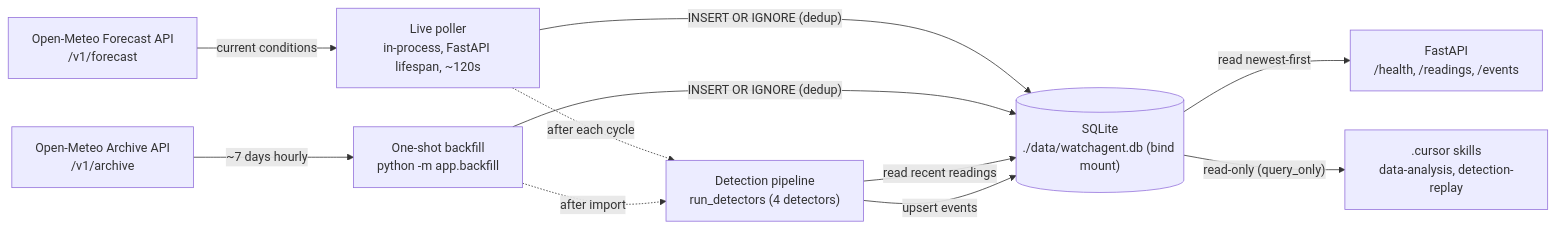
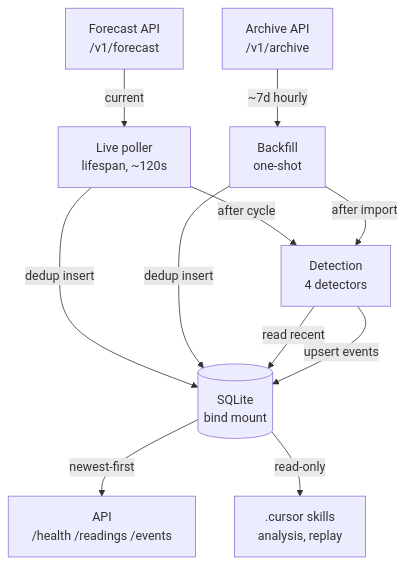
Before and after one commit to cheikhwade07/watchagent: the diagram in README.md, drawn with Mermaid. The commit also changed other lines of this file, not shown here.

Commit message:
docs: improve architecture diagram readability and add SQL schema

````diff
--- a/README.md
+++ b/README.md
@@ -19,22 +19,22 @@
 ```mermaid
-flowchart LR
-    FC["Open-Meteo Forecast API<br/>/v1/forecast"]
-    AR["Open-Meteo Archive API<br/>/v1/archive"]
-    POLL["Live poller<br/>in-process, FastAPI lifespan, ~120s"]
-    BACK["One-shot backfill<br/>python -m app.backfill"]
-    DET["Detection pipeline<br/>run_detectors (4 detectors)"]
-    DB[("SQLite<br/>./data/watchagent.db (bind mount)")]
-    API["FastAPI<br/>/health, /readings, /events"]
-    SKILLS[".cursor skills<br/>data-analysis, detection-replay"]
+flowchart TB
+    FC["Forecast API<br/>/v1/forecast"]
+    AR["Archive API<br/>/v1/archive"]
+    POLL["Live poller<br/>lifespan, ~120s"]
+    BACK["Backfill<br/>one-shot"]
+    DET["Detection<br/>4 detectors"]
+    DB[("SQLite<br/>bind mount")]
+    API["API<br/>/health /readings /events"]
+    SKILLS[".cursor skills<br/>analysis, replay"]
 
-    FC -->|"current conditions"| POLL
-    AR -->|"~7 days hourly"| BACK
-    POLL -->|"INSERT OR IGNORE (dedup)"| DB
-    BACK -->|"INSERT OR IGNORE (dedup)"| DB
-    POLL -.->|"after each cycle"| DET
-    BACK -.->|"after import"| DET
-    DET -->|"read recent readings"| DB
-    DET -->|"upsert events"| DB
-    DB -->|"read newest-first"| API
-    DB -->|"read-only (query_only)"| SKILLS
+    FC -->|current| POLL
+    AR -->|"~7d hourly"| BACK
+    POLL -->|after cycle| DET
+    BACK -->|after import| DET
+    POLL -->|dedup insert| DB
+    BACK -->|dedup insert| DB
+    DET -->|read recent| DB
+    DET -->|upsert events| DB
+    DB -->|newest-first| API
+    DB -->|read-only| SKILLS
 ```
````
